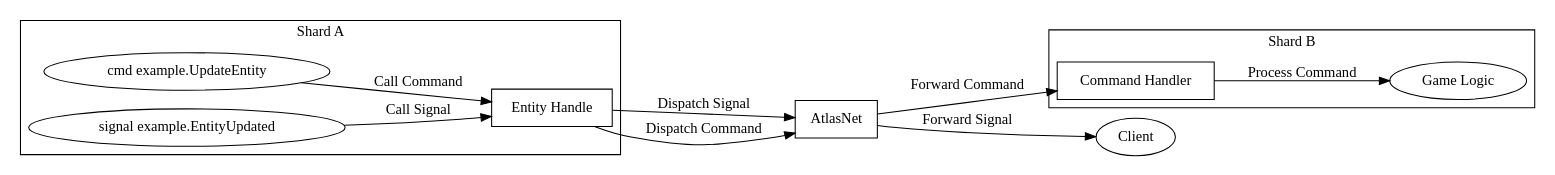
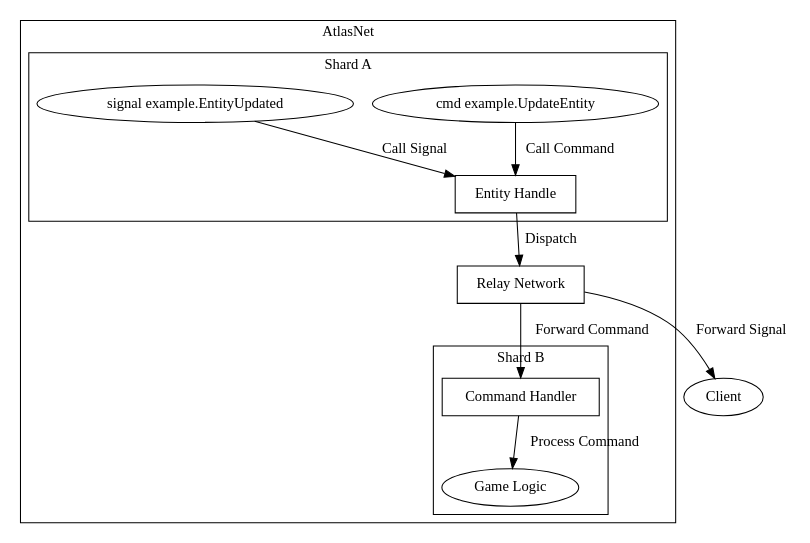
One commit to CamilaBasualdoCibils/KDNet changed the second of 3 diagrams in docs/Commands.md. Above: the diagram before and after it, drawn with Graphviz. The commit also changed other lines of this file and 16 other files, not shown here.

Commit message:
Client connection works with handshaking and shard entity spawning

````diff
--- a/docs/Commands.md
+++ b/docs/Commands.md
@@ -52,29 +55,35 @@
 ```dot
 digraph ShardToShardCommand {
-    rankdir=LR;
-    subgraph cluster_ShardA {
+    rankdir=TB;
+    layout=dot;
+    subgraph cluster_AtlasNet
+    {   
+        label="AtlasNet"
+        subgraph cluster_ShardA {
         label="Shard A";
 
         EntityHandle [label="Entity Handle",shape=rectangle];
         Command [label="cmd example.UpdateEntity"];
         Signal [label="signal example.EntityUpdated"];
 
     }
    subgraph cluster_ShardB {
         label="Shard B";
         CommandHandler [label="Command Handler",shape=rectangle];
         GameLogic [label="Game Logic"];
 
     }
+      AtlasNet [label="Relay Network",shape=box];
+    }
+    
     Signal -> EntityHandle [label="Call Signal"]
     Command -> EntityHandle [label="Call Command"];
 
-    AtlasNet [label="AtlasNet",shape=box];
-    EntityHandle -> AtlasNet [label="Dispatch Signal",shape=rectangle]
-    EntityHandle -> AtlasNet [label="Dispatch Command",shape=rectangle];
+  
+    EntityHandle -> AtlasNet [label="Dispatch",shape=rectangle]
     AtlasNet -> CommandHandler [label="Forward Command"];
     Client [label="Client"];
     AtlasNet -> Client [label="Forward Signal"]
     CommandHandler -> GameLogic [label="Process Command"];
 }
 ```
````
